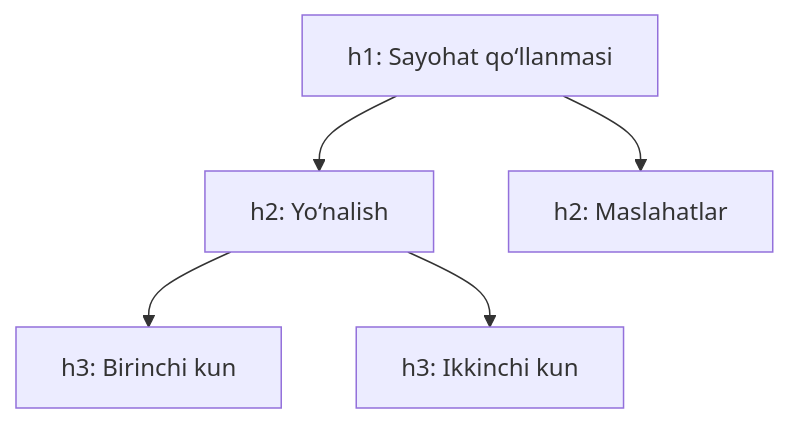
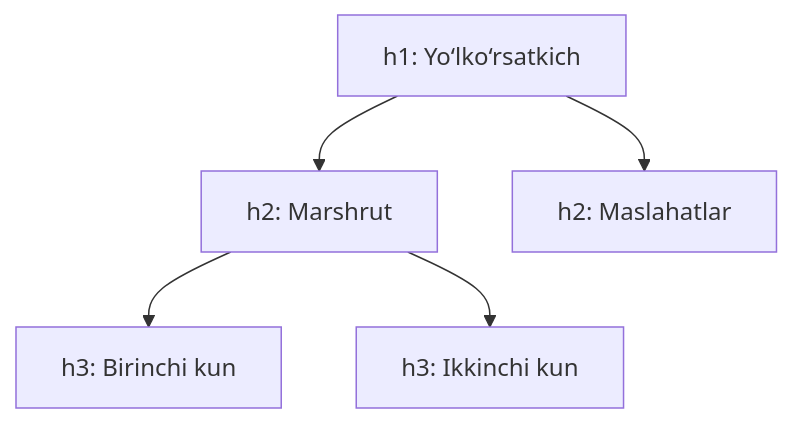
One commit to JLearn-space/JLearn-docs changed the first of 2 diagrams in HTML/Lesson-2/uz/Matn va semantika.md. Above: the diagram before and after it, drawn with Mermaid. The commit also changed other lines of this file and 148 other files, not shown here.

````diff
--- a/HTML/Lesson-2/uz/Matn va semantika.md
+++ b/HTML/Lesson-2/uz/Matn va semantika.md
@@ -53,7 +77,7 @@
 ```mermaid
 flowchart TD
-    A["h1: Sayohat qo‘llanmasi"] --> B["h2: Yo‘nalish"]
+    A["h1: Yo‘lko‘rsatkich"] --> B["h2: Marshrut"]
     B --> C["h3: Birinchi kun"]
     B --> D["h3: Ikkinchi kun"]
     A --> E["h2: Maslahatlar"]
 ```
````
